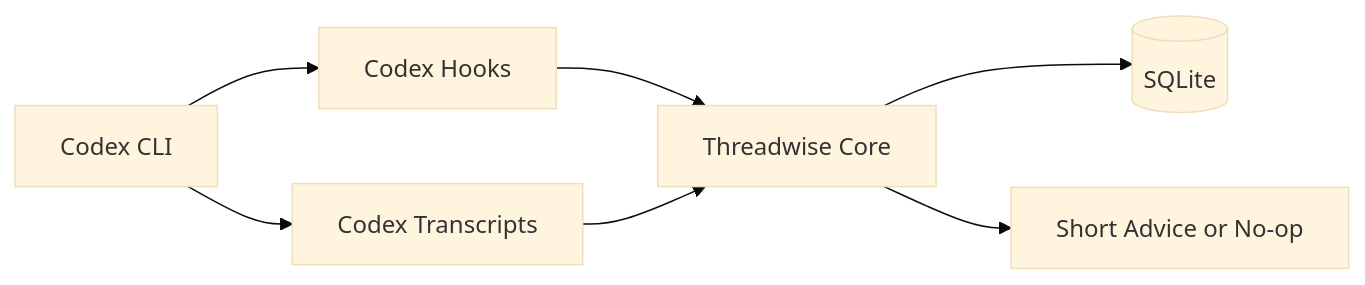
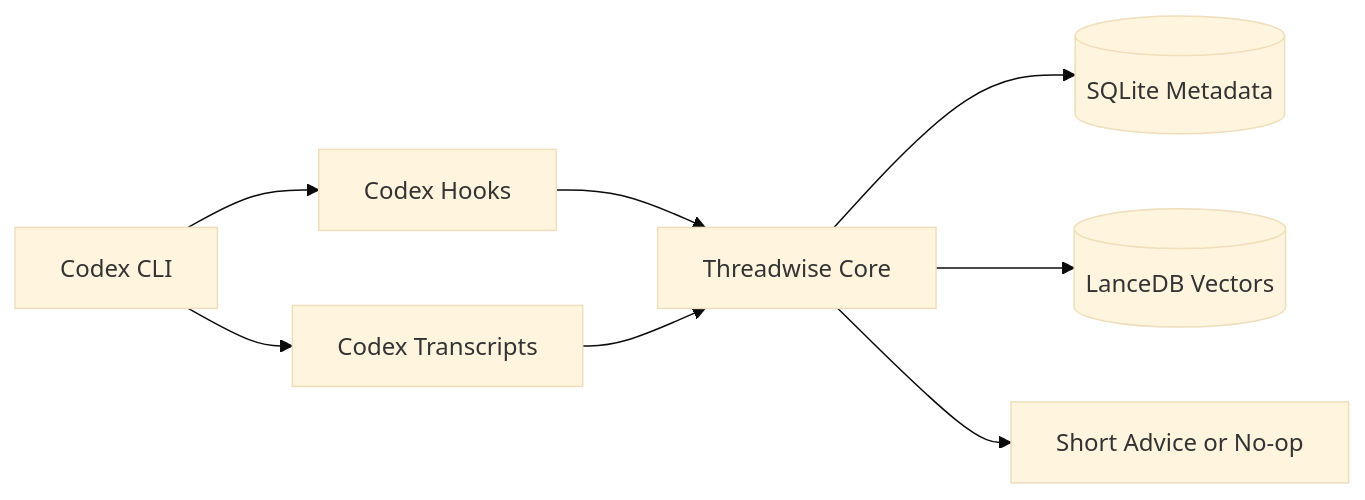
One commit to amir-h-rassafi/threadwise changed the second of 2 diagrams in docs/architecture.md. Above: the diagram before and after it, drawn with Mermaid (base theme). The commit also changed other lines of this file, not shown here.

````diff
--- a/docs/architecture.md
+++ b/docs/architecture.md
@@ -65,9 +67,10 @@
 ```mermaid
 flowchart LR
     Codex[Codex CLI] --> Hooks[Codex Hooks]
     Codex --> Logs[Codex Transcripts]
     Hooks --> Core[Threadwise Core]
     Logs --> Core
-    Core --> SQLite[(SQLite)]
+    Core --> SQLite[(SQLite Metadata)]
+    Core --> LanceDB[(LanceDB Vectors)]
     Core --> Output[Short Advice or No-op]
 ```
````
